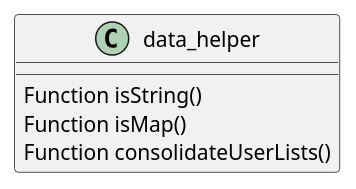
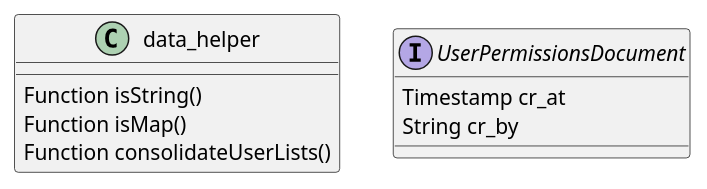
One commit to georgebolarakis/PlantUml changed the sixth of 27 diagrams in plantUML/test1.puml. Above: the diagram before and after it, drawn with PlantUML. The commit also changed other lines of this file, not shown here.

```diff
--- a/plantUML/test1.puml
+++ b/plantUML/test1.puml
@@ -111,7 +111,13 @@
 @startuml test class
 class data_helper{
     Function isString()
     Function isMap()
     Function consolidateUserLists()
 }
+
+interface UserPermissionsDocument{
+        Timestamp cr_at
+        String cr_by
+        
+      }
 @enduml
```
